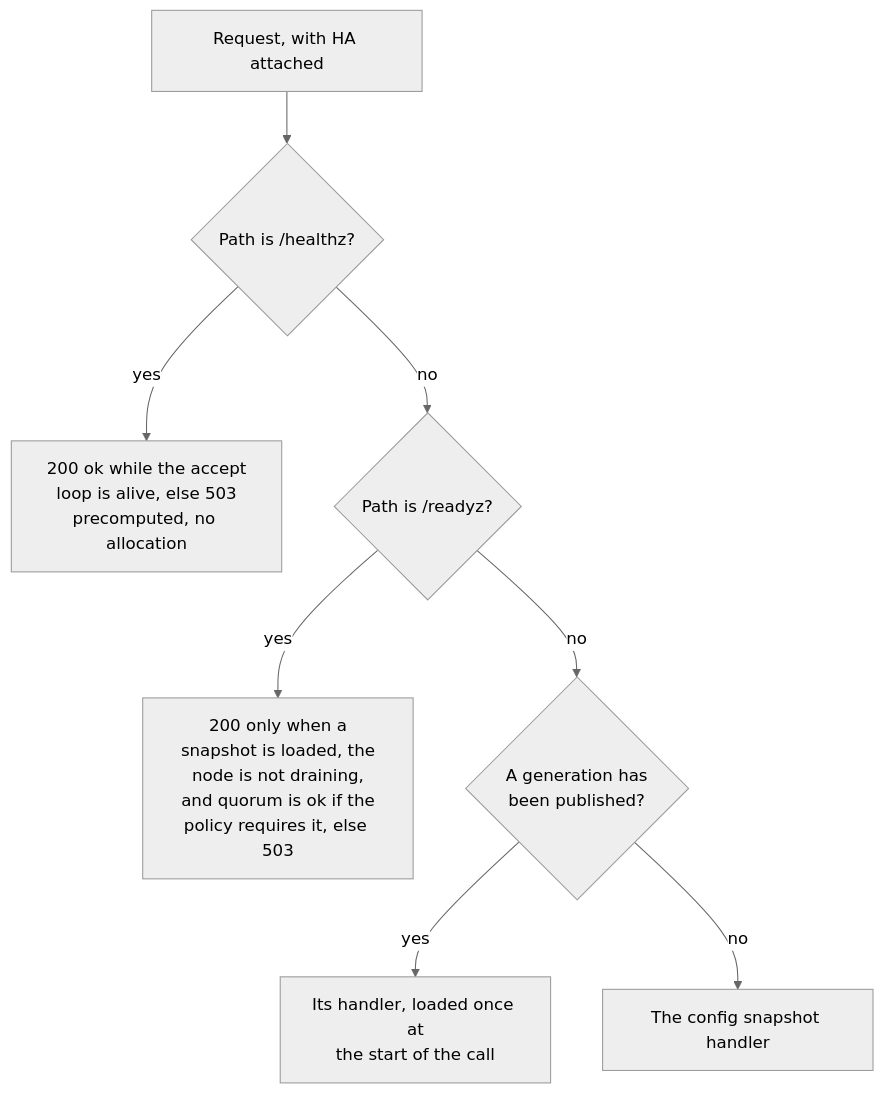
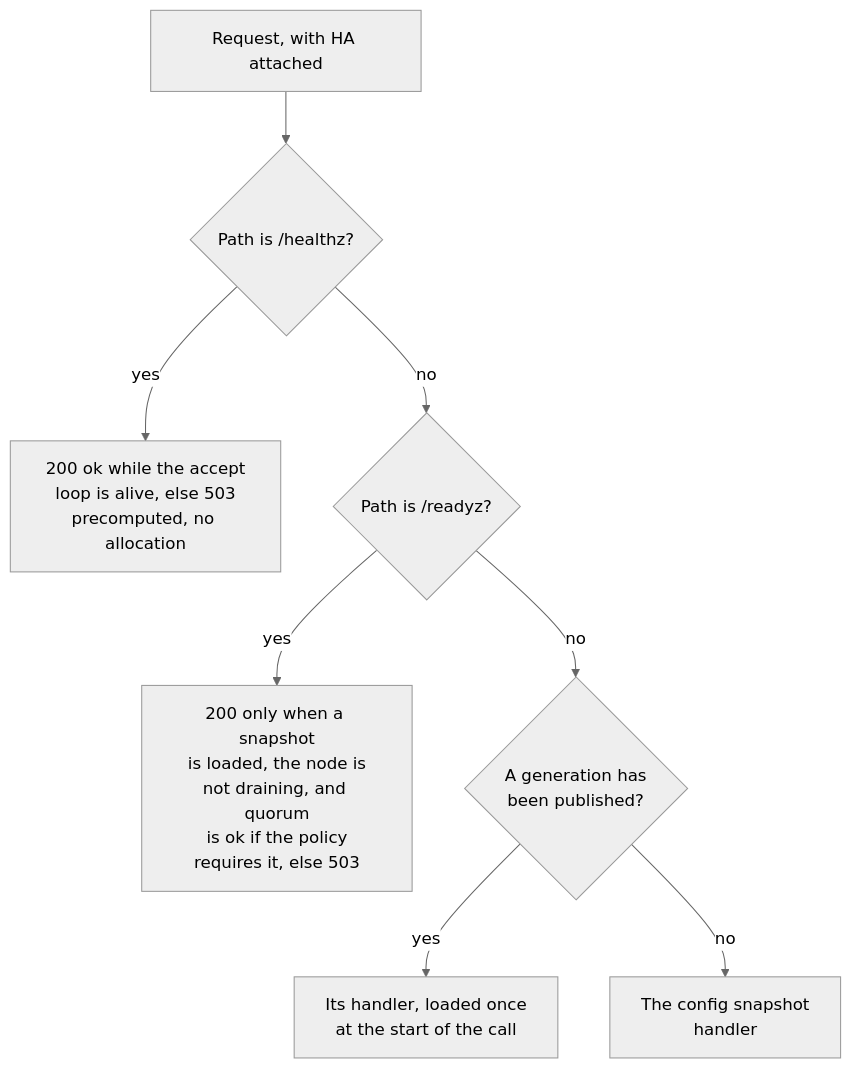
Before and after one commit to BlivionIaG/sjws_nettask: the third of 6 diagrams in docs/ha/design.md, drawn with Mermaid (neutral theme). The commit also changed other lines of this file and 19 other files, not shown here.

First line of the commit message:
docs: fix the diagrams the fact-check found imprecise

````diff
--- a/docs/ha/design.md
+++ b/docs/ha/design.md
@@ -213,10 +216,10 @@
   ```mermaid
   flowchart TD
       r["Request, with HA attached"] --> p1{"Path is /healthz?"}
       p1 -->|yes| h["200 ok while the accept<br/>loop is alive, else 503<br/>precomputed, no allocation"]
       p1 -->|no| p2{"Path is /readyz?"}
-      p2 -->|yes| rd["200 only when a<br/>snapshot is loaded, the<br/>node is not draining,<br/>and quorum is ok if the<br/>policy requires it, else 503"]
+      p2 -->|yes| rd["200 only when a snapshot<br/>is loaded, the node is<br/>not draining, and quorum<br/>is ok if the policy<br/>requires it, else 503"]
       p2 -->|no| g{"A generation has<br/>been published?"}
-      g -->|yes| gh["Its handler, loaded once at<br/>the start of the call"]
-      g -->|no| ch["The config snapshot handler"]
+      g -->|yes| gh["Its handler, loaded once<br/>at the start of the call"]
+      g -->|no| ch["The config snapshot<br/>handler"]
   ```
````
